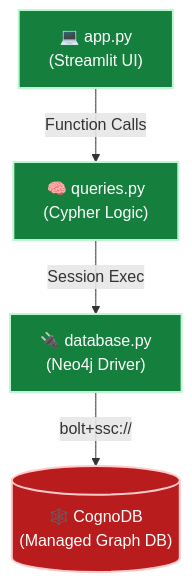
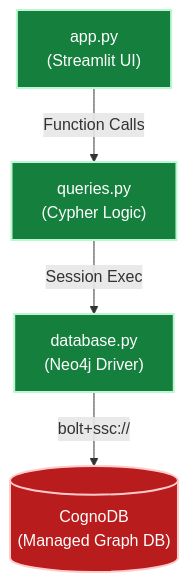
The second of 2 diagrams in README.md (Pranavv-07/graphDB-application), drawn with Mermaid before and after one commit. The commit also changed other lines of this file, not shown here.

````diff
--- a/README.md
+++ b/README.md
@@ -111,16 +111,16 @@
 ```mermaid
 flowchart TD
-    UI["💻 app.py\n(Streamlit UI)"]
-    Queries["🧠 queries.py\n(Cypher Logic)"]
-    DB["🔌 database.py\n(Neo4j Driver)"]
-    CognoDB[("🕸️ CognoDB\n(Managed Graph DB)")]
+    UI["app.py\n(Streamlit UI)"]
+    Queries["queries.py\n(Cypher Logic)"]
+    DB["database.py\n(Neo4j Driver)"]
+    CognoDB[("CognoDB\n(Managed Graph DB)")]
 
     UI -->|Function Calls| Queries
     Queries -->|Session Exec| DB
     DB -->|bolt+ssc://| CognoDB
 
     classDef py fill:#15803d,stroke:#bbf7d0,stroke-width:2px,color:#fff
     classDef db fill:#b91c1c,stroke:#fecaca,stroke-width:2px,color:#fff
     class UI,Queries,DB py
     class CognoDB db
 ```
````
